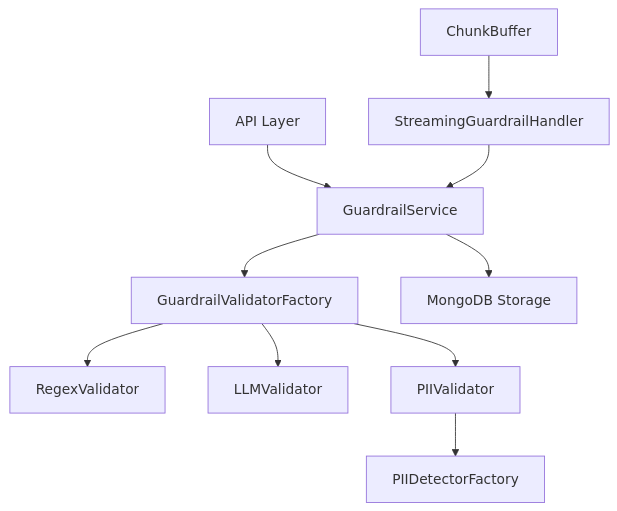
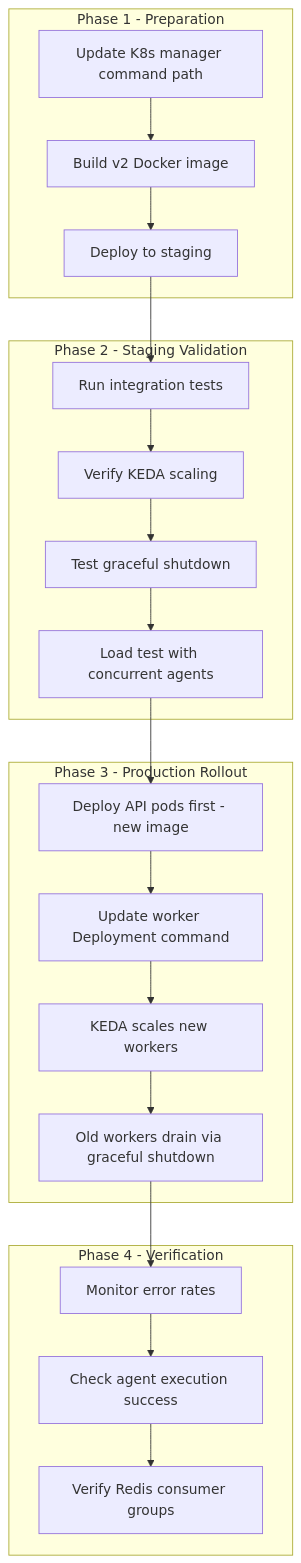
The eighth of 8 diagrams in README.md (lkiitkgp/new-repo), drawn with Mermaid before and after one commit. The commit also changed other lines of this file, not shown here.

````diff
--- a/README.md
+++ b/README.md
@@ -42,12 +713,27 @@
 ```mermaid
-graph TB
-    A[API Layer] --> B[GuardrailService]
-    B --> C[GuardrailValidatorFactory]
-    C --> D[RegexValidator]
-    C --> E[LLMValidator]
-    C --> F[PIIValidator]
-    F --> G[PIIDetectorFactory]
-    B --> H[MongoDB Storage]
-    I[StreamingGuardrailHandler] --> B
-    J[ChunkBuffer] --> I
+graph TD
+    subgraph Phase 1 - Preparation
+        A[Update K8s manager command path] --> B[Build v2 Docker image]
+        B --> C[Deploy to staging]
+    end
+    
+    subgraph Phase 2 - Staging Validation
+        C --> D[Run integration tests]
+        D --> E[Verify KEDA scaling]
+        E --> F[Test graceful shutdown]
+        F --> G[Load test with concurrent agents]
+    end
+    
+    subgraph Phase 3 - Production Rollout
+        G --> H[Deploy API pods first - new image]
+        H --> I[Update worker Deployment command]
+        I --> J[KEDA scales new workers]
+        J --> K[Old workers drain via graceful shutdown]
+    end
+    
+    subgraph Phase 4 - Verification
+        K --> L[Monitor error rates]
+        L --> M[Check agent execution success]
+        M --> N[Verify Redis consumer groups]
+    end
 ```
````
